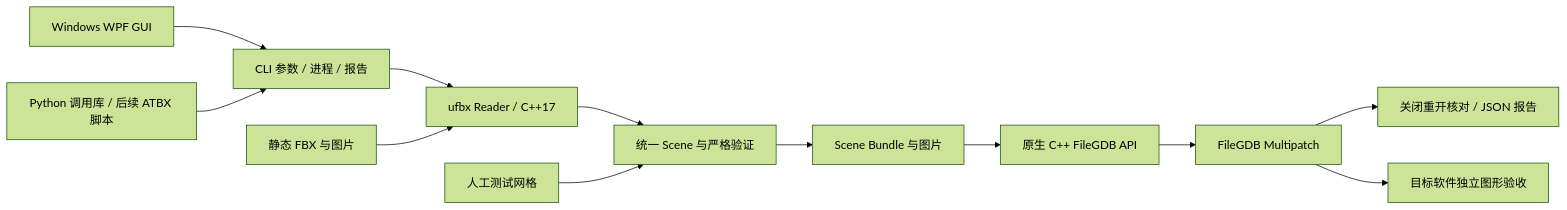
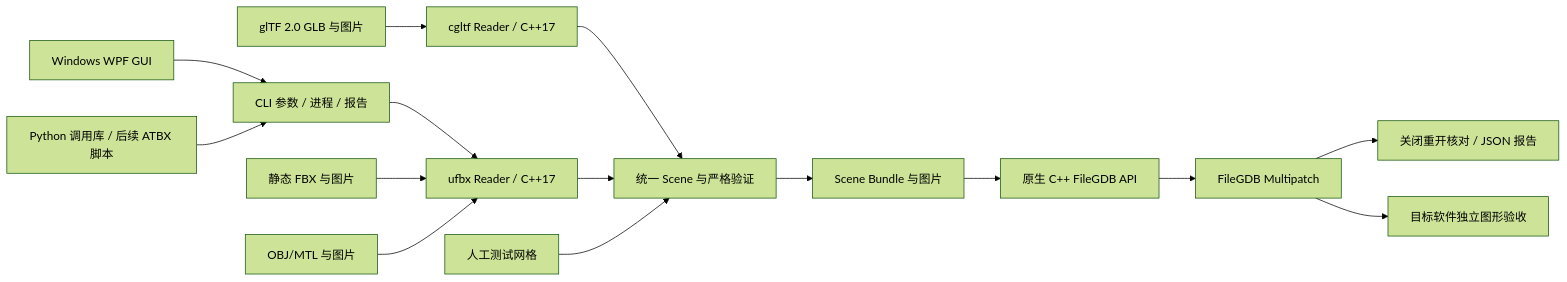
The diagram in docs/architecture.md (jasper-gis/GeoModelBridge), drawn with Mermaid (forest theme) before and after one commit. The commit also changed 40 other files, not shown here.

````diff
--- a/docs/architecture.md
+++ b/docs/architecture.md
@@ -5,14 +5,17 @@
 ```mermaid
 flowchart LR
   UI[Windows WPF GUI] --> C[CLI 参数 / 进程 / 报告]
   PY[Python 调用库 / 后续 ATBX 脚本] --> C
   C --> R
   FBX[静态 FBX 与图片] --> R[ufbx Reader / C++17]
+  OBJ[OBJ/MTL 与图片] --> R
+  GLB[glTF 2.0 GLB 与图片] --> L[cgltf Reader / C++17]
+  L --> S
   R --> S[统一 Scene 与严格验证]
   F[人工测试网格] --> S
   S --> B[Scene Bundle 与图片]
   B --> N[原生 C++ FileGDB API]
   N --> G[FileGDB Multipatch]
   G --> V[关闭重开核对 / JSON 报告]
   G --> A[目标软件独立图形验收]
 ```
````
